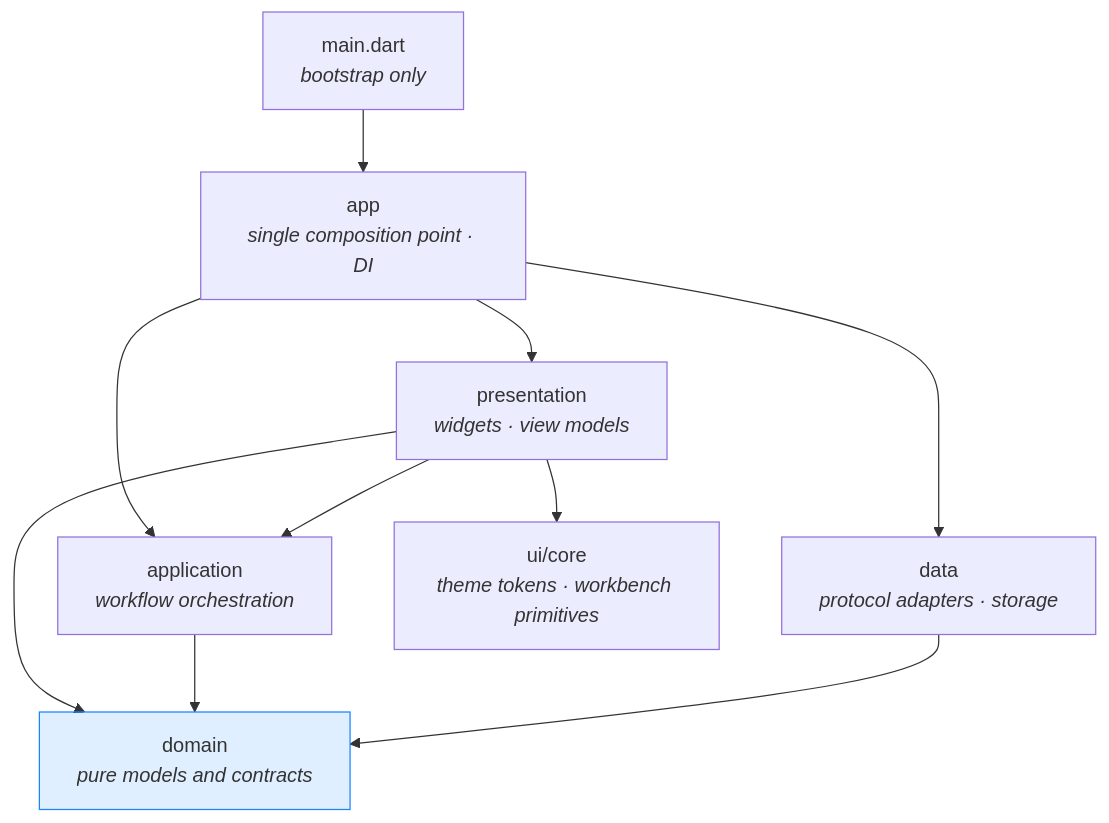
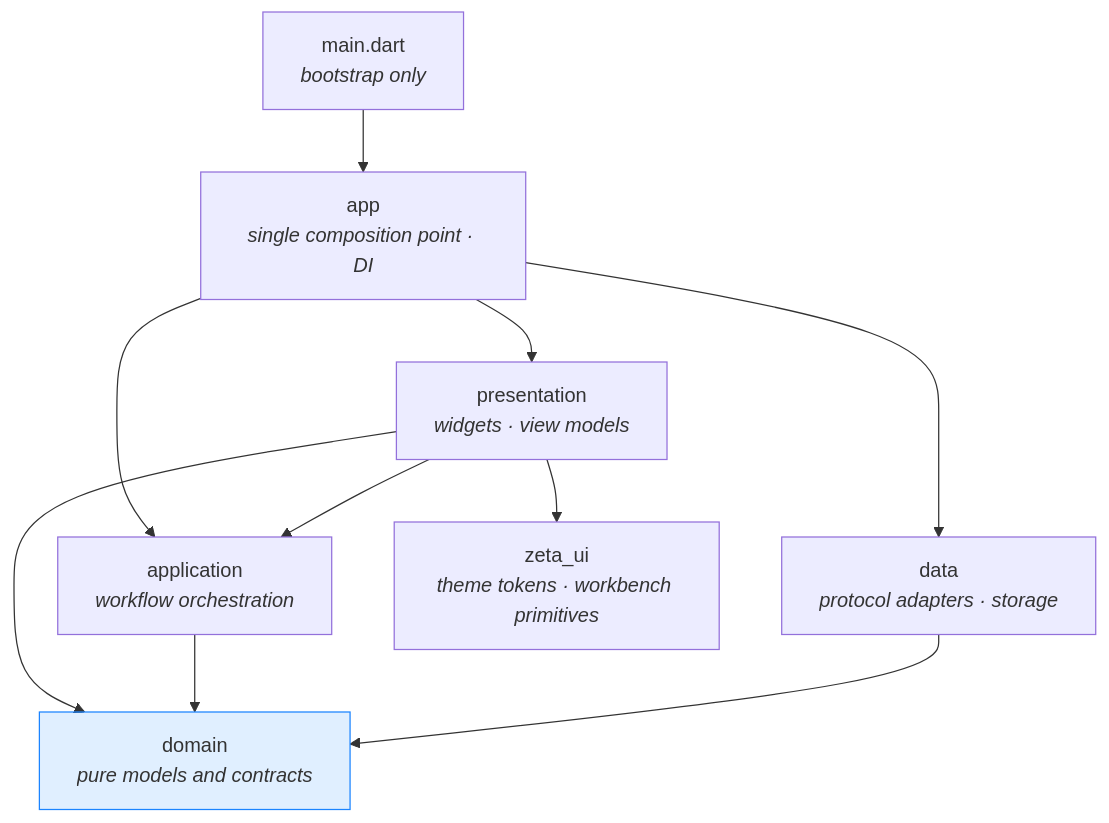
The first of 5 diagrams in docs/architecture/overview.en.md (linpeilie/zeta), drawn with Mermaid before and after one commit. The commit also changed other lines of this file and 156 other files, not shown here.

````diff
--- a/docs/architecture/overview.en.md
+++ b/docs/architecture/overview.en.md
@@ -19,15 +19,15 @@
 ```mermaid
 flowchart TD
     main["main.dart<br/><i>bootstrap only</i>"] --> app["app<br/><i>single composition point · DI</i>"]
     app --> pres["presentation<br/><i>widgets · view models</i>"]
     app --> appl["application<br/><i>workflow orchestration</i>"]
     app --> data["data<br/><i>protocol adapters · storage</i>"]
     pres --> appl
     pres --> domain
     appl --> domain["domain<br/><i>pure models and contracts</i>"]
     data --> domain
-    pres --> uicore["ui/core<br/><i>theme tokens · workbench primitives</i>"]
+    pres --> uicore["zeta_ui<br/><i>theme tokens · workbench primitives</i>"]
 
     classDef pure fill:#1B84FF22,stroke:#1B84FF
     class domain pure
 ```
````
